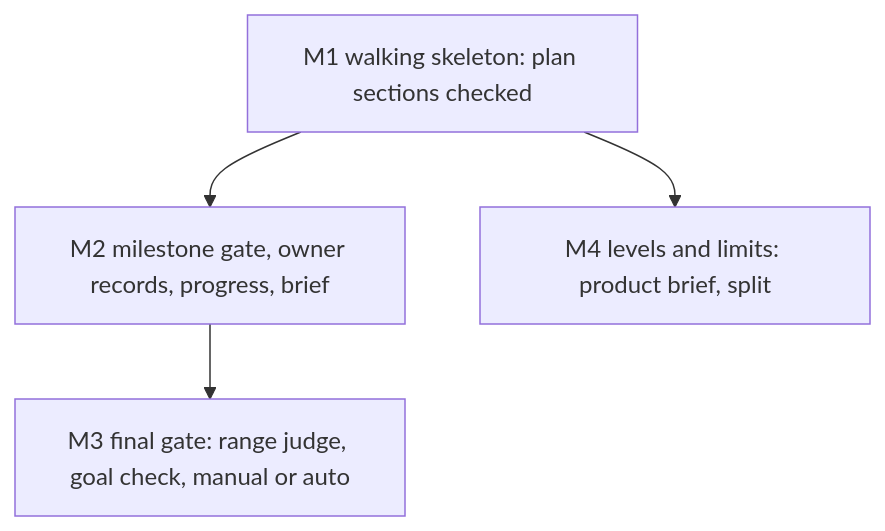
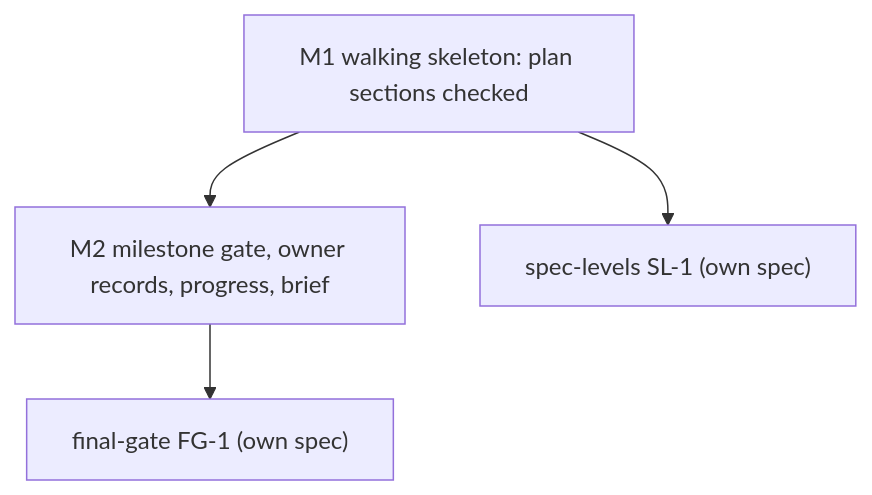
The second of 2 diagrams in docs/work/agentic-loop/README.md (sibulus13/claudence), drawn with Mermaid before and after one commit. The commit also changed other lines of this file and 7 other files, not shown here.

First line of the commit message:
docs(work): scope cut: agentic-loop keeps M1-M2; final-gate and spec-levels drafted from the moved M3/M4

````diff
--- a/docs/work/agentic-loop/README.md
+++ b/docs/work/agentic-loop/README.md
@@ -153,6 +162,6 @@
 ```mermaid
 flowchart TD
   M1["M1 walking skeleton: plan sections checked"] --> M2["M2 milestone gate, owner records, progress, brief"]
-  M2 --> M3["M3 final gate: range judge, goal check, manual or auto"]
-  M1 --> M4["M4 levels and limits: product brief, split"]
+  M2 --> FG["final-gate FG-1 (own spec)"]
+  M1 --> SL["spec-levels SL-1 (own spec)"]
 ```
````
